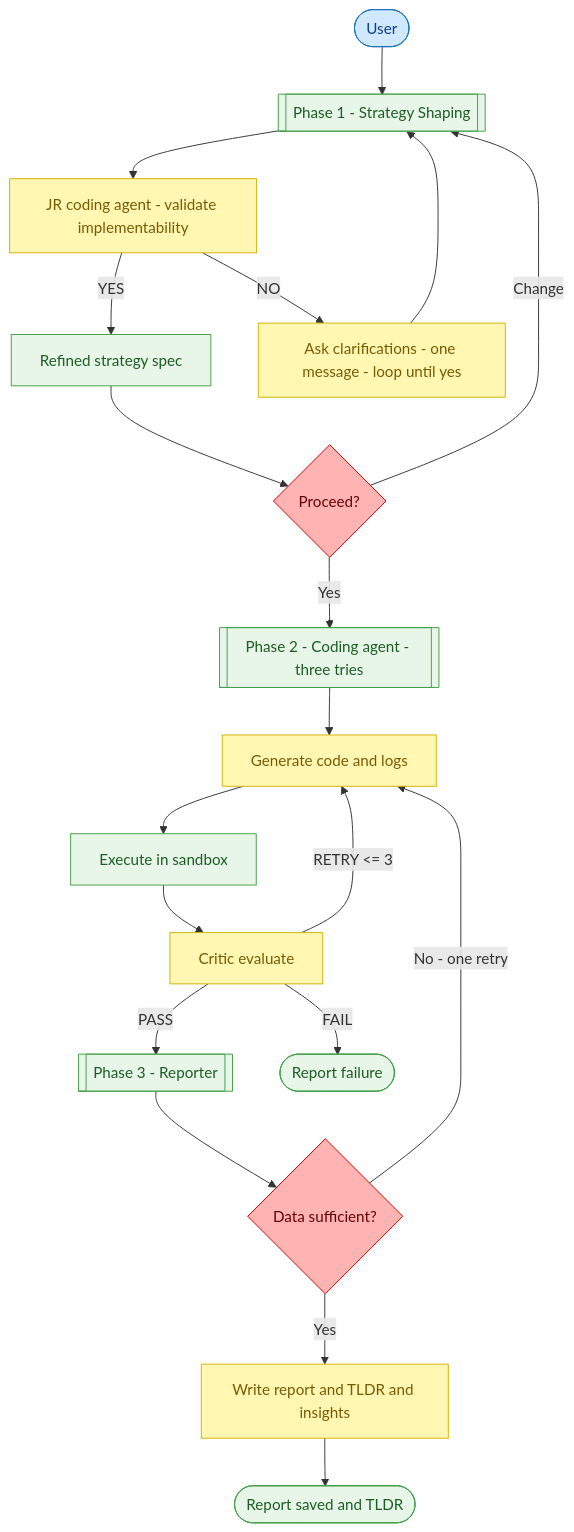
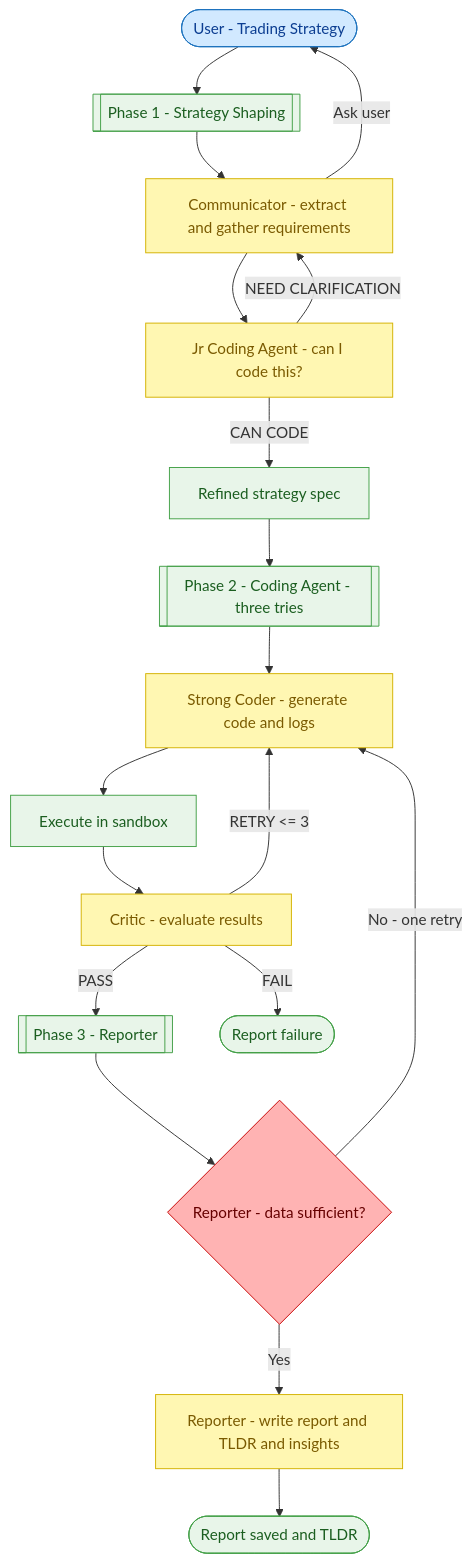
The diagram in v2/v2/diagram.mmd (artvandelay/agentic-backtesting), drawn with Mermaid before and after one commit. The commit also changed 2 other files, not shown here.

Commit message:
v2: update diagram and README with triplet Phase 1 structure
- Phase 1 now shows User → Communicator ↔ Jr Coding Agent loop
- Clear separation: Communicator handles conversation, Jr Agent validates feasibility
- Pure prompt-driven flow with no hardcoded business logic
- Updated README with detailed Phase 1 flow explanation

```diff
--- a/v2/v2/diagram.mmd
+++ b/v2/v2/diagram.mmd
@@ -1,29 +1,28 @@
 flowchart TD
   %% Styles
   classDef user fill:#d1e9ff,stroke:#1e73be,color:#0b3d91
   classDef llm fill:#fff7b2,stroke:#d4b200,color:#7a5a00
   classDef decision fill:#ffb3b3,stroke:#c70000,color:#660000
   classDef system fill:#e8f5e9,stroke:#43a047,color:#1b5e20
 
-  U([User]):::user --> P1[[Phase 1 - Strategy Shaping]]:::system
+  U([User - Trading Strategy]):::user --> P1[[Phase 1 - Strategy Shaping]]:::system
 
-  P1 --> JV[JR coding agent - validate implementability]:::llm
-  JV -->|YES| R1[Refined strategy spec]:::system
-  JV -->|NO| Q1[Ask clarifications - one message - loop until yes]:::llm
-  Q1 --> P1
+  P1 --> COM[Communicator - extract and gather requirements]:::llm
+  COM --> JV[Jr Coding Agent - can I code this?]:::llm
+  JV -->|CAN CODE| R1[Refined strategy spec]:::system
+  JV -->|NEED CLARIFICATION| COM
+  COM -->|Ask user| U
 
-  R1 --> D1{Proceed?}:::decision
-  D1 -->|Yes| P2[[Phase 2 - Coding agent - three tries]]:::system
-  D1 -->|Change| P1
+  R1 --> P2[[Phase 2 - Coding Agent - three tries]]:::system
 
-  P2 --> C1[Generate code and logs]:::llm
+  P2 --> C1[Strong Coder - generate code and logs]:::llm
   C1 --> X1[Execute in sandbox]:::system
-  X1 --> CR[Critic evaluate]:::llm
+  X1 --> CR[Critic - evaluate results]:::llm
   CR -->|PASS| P3[[Phase 3 - Reporter]]:::system
   CR -->|RETRY <= 3| C1
   CR -->|FAIL| F1([Report failure]):::system
 
-  P3 --> RQ{Data sufficient?}:::decision
+  P3 --> RQ{Reporter - data sufficient?}:::decision
   RQ -->|No - one retry| C1
-  RQ -->|Yes| REP[Write report and TLDR and insights]:::llm
+  RQ -->|Yes| REP[Reporter - write report and TLDR and insights]:::llm
   REP --> OUT([Report saved and TLDR]):::system
```
